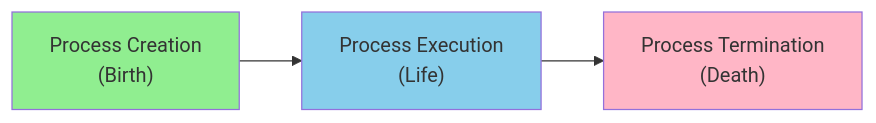
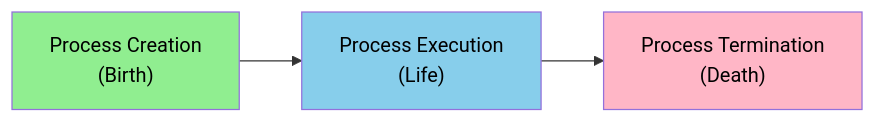
Before and after one commit to ahmed-226/Backend-from-first-principles: the first of 11 diagrams in 14.Graceful Shutdown/README.md, drawn with Mermaid. The commit also changed other lines of this file and 1 other file, not shown here.

````diff
--- a/14.Graceful Shutdown/README.md
+++ b/14.Graceful Shutdown/README.md
@@ -110,9 +110,9 @@
 ```mermaid
 graph LR
     A["Process Creation<br/>(Birth)"] --> B["Process Execution<br/>(Life)"]
     B --> C["Process Termination<br/>(Death)"]
     
-    style A fill:#90EE90
-    style B fill:#87CEEB
-    style C fill:#FFB6C6
+    style A fill:#90EE90,color:#000
+    style B fill:#87CEEB,color:#000
+    style C fill:#FFB6C6,color:#000
 ```
````
